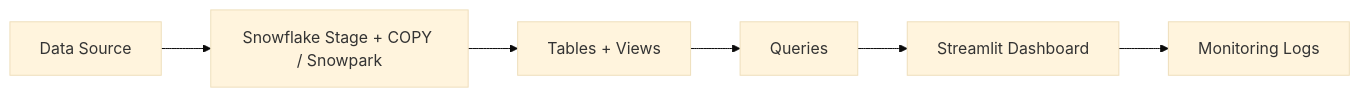
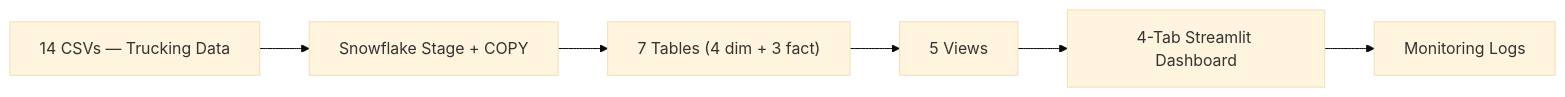
One commit to mosomo82/COMP_SCI_5542 changed the diagram in Week_5/README.md. Above: the diagram before and after it, drawn with Mermaid (base theme). The commit also changed other lines of this file and 23 other files, not shown here.

````diff
--- a/Week_5/README.md
+++ b/Week_5/README.md
@@ -22,8 +21,8 @@
 ```mermaid
 flowchart LR
-A[Data Source] --> B[Snowflake Stage + COPY / Snowpark]
-B --> C[Tables + Views]
-C --> D[Queries]
-D --> E[Streamlit Dashboard]
+A[14 CSVs — Trucking Data] --> B[Snowflake Stage + COPY]
+B --> C["7 Tables (4 dim + 3 fact)"]
+C --> D[5 Views]
+D --> E[4-Tab Streamlit Dashboard]
 E --> F[Monitoring Logs]
 ```
````
